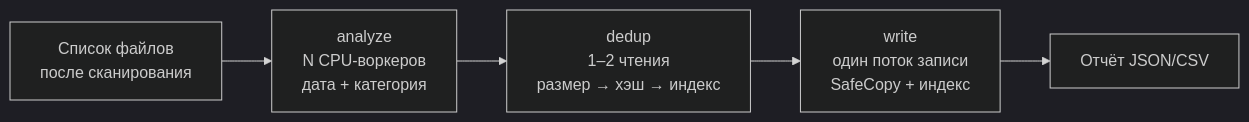
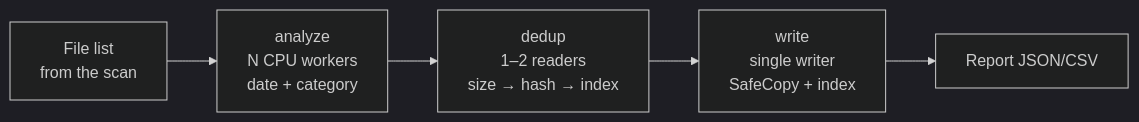
Before and after one commit to belkaniacode/BelMemories: the diagram in docs/architecture.md, drawn with Mermaid (dark theme). The commit also changed other lines of this file and 84 other files, not shown here.

````diff
--- a/docs/architecture.md
+++ b/docs/architecture.md
@@ -27,7 +31,7 @@
 ```mermaid
 flowchart LR
-  S[Список файлов<br/>после сканирования] --> A[analyze<br/>N CPU-воркеров<br/>дата + категория]
-  A --> D[dedup<br/>1–2 чтения<br/>размер → хэш → индекс]
-  D --> W[write<br/>один поток записи<br/>SafeCopy + индекс]
-  W --> R[Отчёт JSON/CSV]
+  S[File list<br/>from the scan] --> A[analyze<br/>N CPU workers<br/>date + category]
+  A --> D[dedup<br/>1–2 readers<br/>size → hash → index]
+  D --> W[write<br/>single writer<br/>SafeCopy + index]
+  W --> R[Report JSON/CSV]
 ```
````
